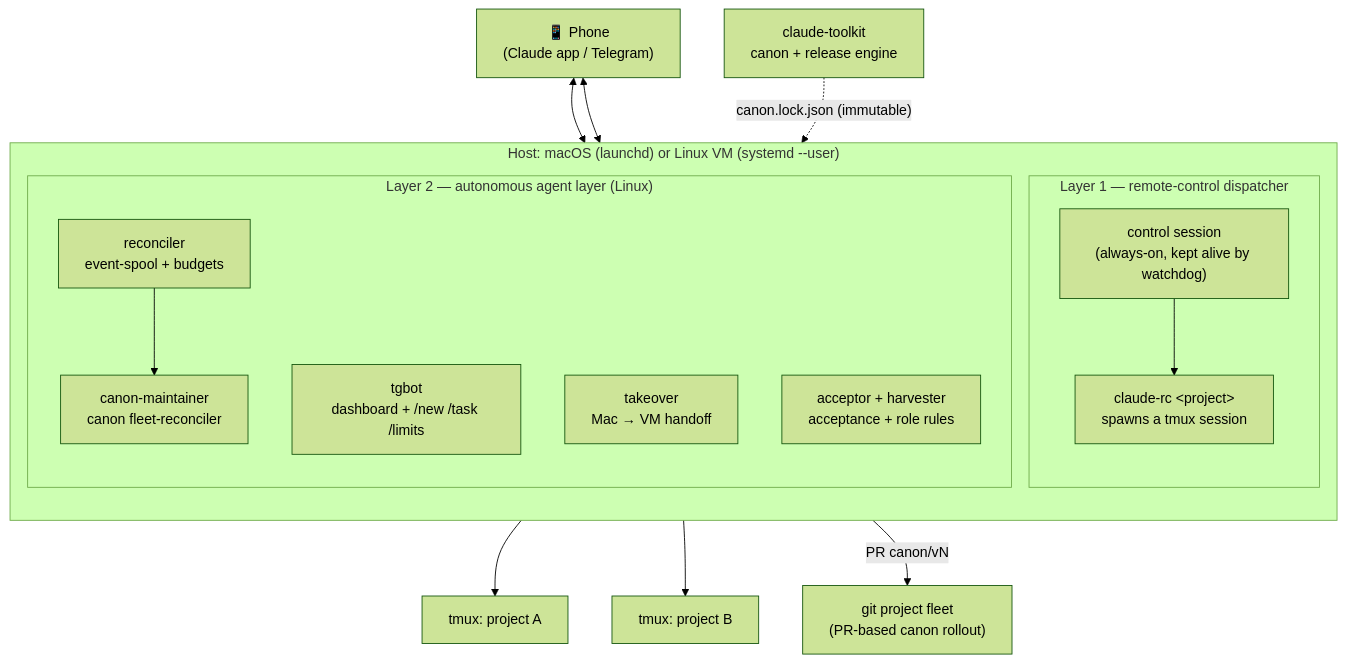
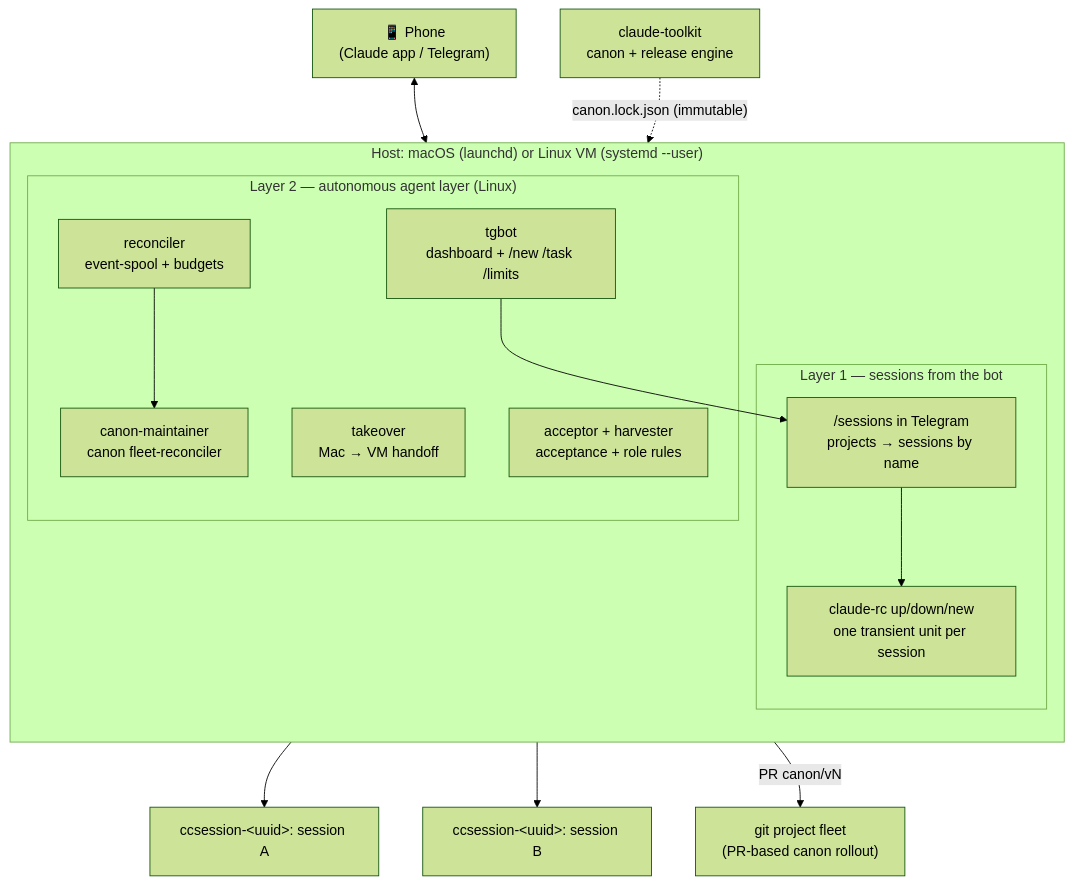
Before and after one commit to dewil/claude-control: the diagram in README.en.md, drawn with Mermaid (forest theme). The commit also changed other lines of this file and 2 other files, not shown here.

First line of the commit message:
docs: README и architecture описывали снесенный слой 1

````diff
--- a/README.en.md
+++ b/README.en.md
@@ -21,31 +21,31 @@
 ```mermaid
 flowchart TB
     phone["📱 Phone<br/>(Claude app / Telegram)"]
 
     subgraph host["Host: macOS (launchd) or Linux VM (systemd --user)"]
       direction TB
-      subgraph L1["Layer 1 — remote-control dispatcher"]
-        control["control session<br/>(always-on, kept alive by watchdog)"]
-        rc["claude-rc &lt;project&gt;<br/>spawns a tmux session"]
-        control --> rc
+      subgraph L1["Layer 1 — sessions from the bot"]
+        menu["/sessions in Telegram<br/>projects → sessions by name"]
+        rc["claude-rc up/down/new<br/>one transient unit per session"]
+        menu --> rc
       end
       subgraph L2["Layer 2 — autonomous agent layer (Linux)"]
         recon["reconciler<br/>event-spool + budgets"]
         tgbot["tgbot<br/>dashboard + /new /task /limits"]
         canon["canon-maintainer<br/>canon fleet-reconciler"]
         takeover["takeover<br/>Mac → VM handoff"]
         harvest["acceptor + harvester<br/>acceptance + role rules"]
       end
     end
 
     toolkit["claude-toolkit<br/>canon + release engine"]
     fleet["git project fleet<br/>(PR-based canon rollout)"]
 
-    phone <--> control
     phone <--> tgbot
-    rc --> projA["tmux: project A"]
-    rc --> projB["tmux: project B"]
+    tgbot --> menu
+    rc --> projA["ccsession-&lt;uuid&gt;: session A"]
+    rc --> projB["ccsession-&lt;uuid&gt;: session B"]
     toolkit -. "canon.lock.json (immutable)" .-> canon
     canon -- "PR canon/vN" --> fleet
     recon --> canon
 ```
````
